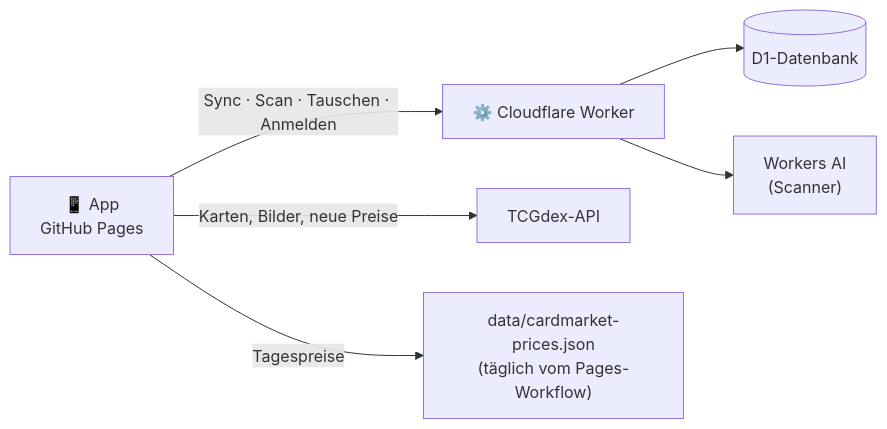
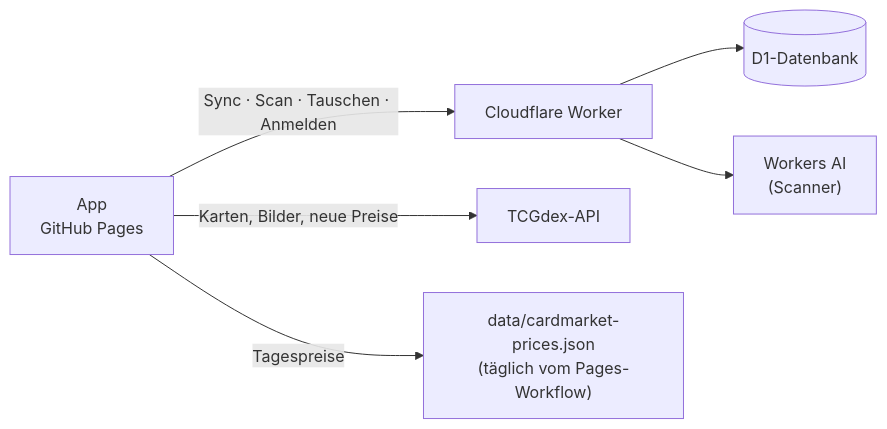
One commit to KingBob4Real/pokemon-sammlung changed the first of 2 diagrams in README.md. Above: the diagram before and after it, drawn with Mermaid. The commit also changed other lines of this file, not shown here.

Commit message:
README: Deploy für einzelne Feature-Branches, Diagramme ohne Emojis, Pages-Einstellung entfällt

````diff
--- a/README.md
+++ b/README.md
@@ -172,8 +172,8 @@
 ```mermaid
 flowchart LR
-  App["📱 App<br/>GitHub Pages"] -- "Sync · Scan · Tauschen · Anmelden" --> Worker["⚙️ Cloudflare Worker"]
+  App["App<br/>GitHub Pages"] -- "Sync · Scan · Tauschen · Anmelden" --> Worker["Cloudflare Worker"]
   Worker --> D1[("D1-Datenbank")]
   Worker --> AI["Workers AI<br/>(Scanner)"]
   App -- "Karten, Bilder, neue Preise" --> TCGdex["TCGdex-API"]
   App -- "Tagespreise" --> Liste["data/cardmarket-prices.json<br/>(täglich vom Pages-Workflow)"]
 ```
````
